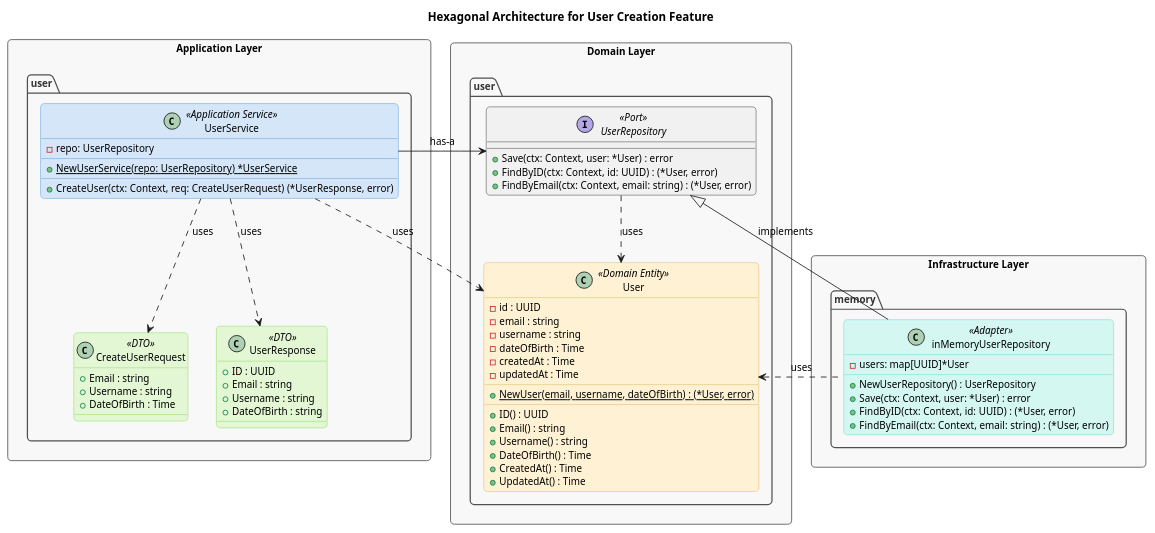
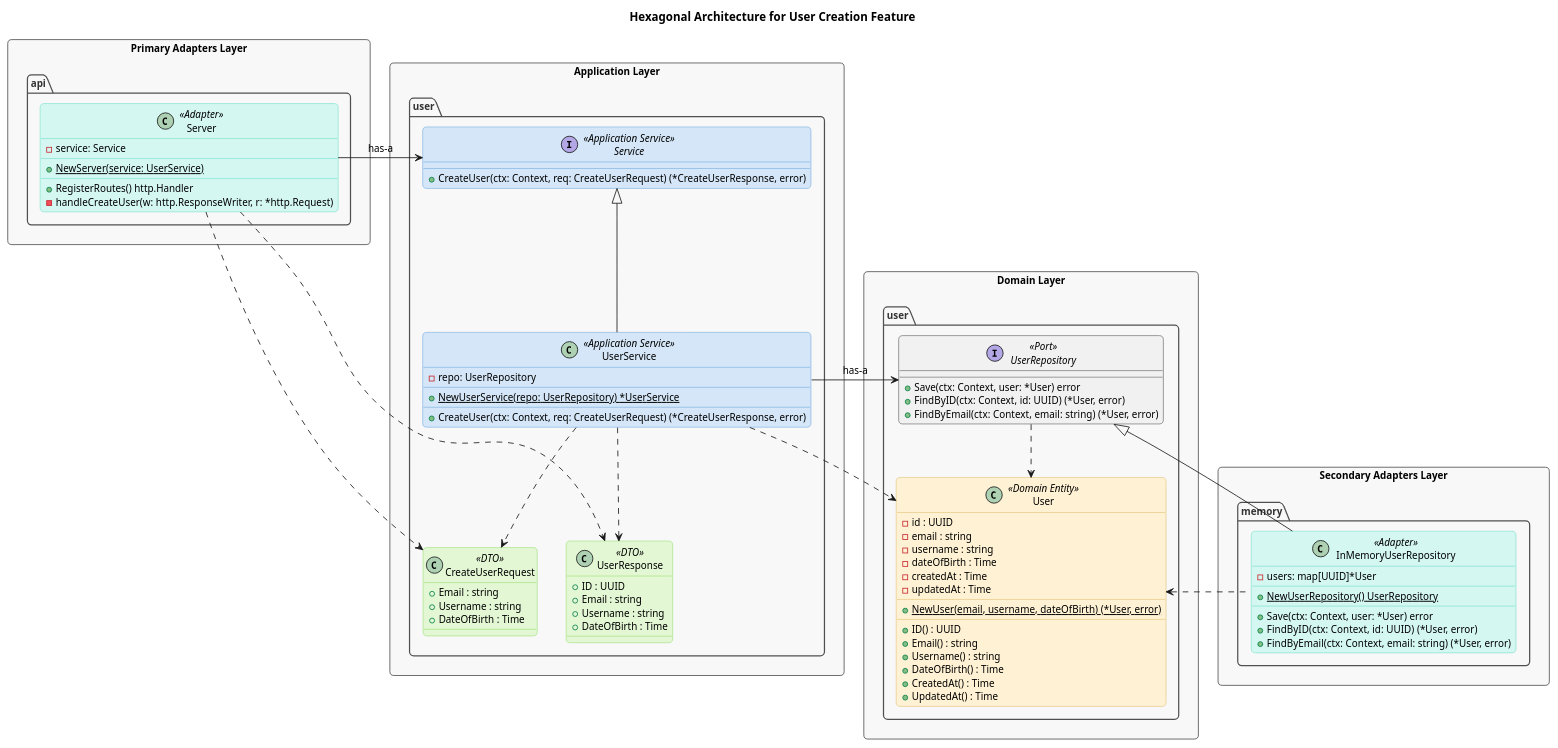
One commit to mgwinsor/weekbyweek changed the diagram in docs/diagrams/class-diagram.puml. Above: the diagram before and after it, drawn with PlantUML.

Commit message:
docs: update class digram

```diff
--- a/docs/diagrams/class-diagram.puml
+++ b/docs/diagrams/class-diagram.puml
@@ -1,129 +1,153 @@
 @startuml
 ' =====================================================================
 ' ==                       STYLING & THEME                           ==
 ' =====================================================================
 
 skinparam {
     shadowing false
     RoundCorner 10
     DefaultFontName "Segoe UI, Helvetica" ' A clean, standard font
     DefaultFontSize 12
 
     package {
         BorderColor #505050
         BackgroundColor #F8F8F8
         FontColor #333333
         stereotypeFontColor #333333
     }
 }
 
 skinparam class {
     BackgroundColor<<Domain Entity>> #FFF2D4
     BorderColor<<Domain Entity>> #D4A945
 
     BackgroundColor<<Application Service>> #D4E6F7
     BorderColor<<Application Service>> #458FD4
 
     BackgroundColor<<DTO>> #E3F7D4
     BorderColor<<DTO>> #77D445
 
     BackgroundColor<<Adapter>> #D4F7F2
     BorderColor<<Adapter>> #45D4B7
 }
 skinparam interface {
     BackgroundColor<<Port>> #F7E3D4
     BorderColor<<Port>> #D47745
 }
 
 
 ' =====================================================================
 ' ==              DIAGRAM DEFINITION & LAYOUT CONTROL                ==
 ' =====================================================================
 
 package "Domain Layer" as Domain <<Rectangle>> {
     package "user" {
         class User <<Domain Entity>> {
-        	- id : UUID
-        	- email : string
-        	- username : string
-        	- dateOfBirth : Time
-        	- createdAt : Time
-        	- updatedAt : Time
-        	__
-        	{static} + NewUser(email, username, dateOfBirth) : (*User, error)
-        	__
-        	+ ID() : UUID
-        	+ Email() : string
-        	+ Username() : string
-        	+ DateOfBirth() : Time
-        	+ CreatedAt() : Time
-        	+ UpdatedAt() : Time
+            - id : UUID
+            - email : string
+            - username : string
+            - dateOfBirth : Time
+            - createdAt : Time
+            - updatedAt : Time
+            __
+            {static} + NewUser(email, username, dateOfBirth) (*User, error)
+            __
+            + ID() : UUID
+            + Email() : string
+            + Username() : string
+            + DateOfBirth() : Time
+            + CreatedAt() : Time
+            + UpdatedAt() : Time
         }
 
         interface UserRepository <<Port>> {
-            + Save(ctx: Context, user: *User) : error
-            + FindByID(ctx: Context, id: UUID) : (*User, error)
-            + FindByEmail(ctx: Context, email: string) : (*User, error)
+            + Save(ctx: Context, user: *User) error
+            + FindByID(ctx: Context, id: UUID) (*User, error)
+            + FindByEmail(ctx: Context, email: string) (*User, error)
         }
-        
-        UserRepository ..> User : "uses"
+
+        UserRepository ..> User
     }
 }
 
 package "Application Layer" as App <<Rectangle>> {
     package "user" {
+        interface Service <<Application Service>> {
+            + CreateUser(ctx: Context, req: CreateUserRequest) (*CreateUserResponse, error)
+        }
+
         class UserService <<Application Service>> {
             - repo: UserRepository
             __
             {static} + NewUserService(repo: UserRepository) *UserService
             __
-            + CreateUser(ctx: Context, req: CreateUserRequest) (*UserResponse, error)
+            + CreateUser(ctx: Context, req: CreateUserRequest) (*CreateUserResponse, error)
         }
 
         class CreateUserRequest <<DTO>> {
             + Email : string
             + Username : string
             + DateOfBirth : Time
         }
 
         class UserResponse <<DTO>> {
             + ID : UUID
             + Email : string
             + Username : string
-            + DateOfBirth : string
+            + DateOfBirth : Time
         }
     }
 
-    UserService ..> CreateUserRequest : "uses"
-    UserService ..> UserResponse : "uses"
+    UserService -u-|> Service
+    UserService ..> CreateUserRequest
+    UserService ..> UserResponse
 }
 
-package "Infrastructure Layer" as Infra <<Rectangle>> {
+package "Primary Adapters Layer" as Primary <<Rectangle>> {
+    package "api" {
+        class Server<<Adapter>> {
+            - service: Service
+	    __
+            {static} + NewServer(service: UserService)
+	    __
+	    + RegisterRoutes() http.Handler
+            - handleCreateUser(w: http.ResponseWriter, r: *http.Request)
+        }
+    }
+}
+
+package "Secondary Adapters Layer" as Infra <<Rectangle>> {
     package "memory" {
-        class inMemoryUserRepository <<Adapter>> {
+        class InMemoryUserRepository <<Adapter>> {
             - users: map[UUID]*User
             __
-            + NewUserRepository() : UserRepository
-            + Save(ctx: Context, user: *User) : error
-            + FindByID(ctx: Context, id: UUID) : (*User, error)
-            + FindByEmail(ctx: Context, email: string) : (*User, error)
+            {static} + NewUserRepository() UserRepository
+            __
+            + Save(ctx: Context, user: *User) error
+            + FindByID(ctx: Context, id: UUID) (*User, error)
+            + FindByEmail(ctx: Context, email: string) (*User, error)
         }
     }
 }
 
 ' =====================================================================
 ' ==                   RELATIONSHIPS (with direction)                ==
 ' =====================================================================
 
 ' --- Application Layer Dependencies ---
 UserService -right-> UserRepository : "has-a"
-UserService .right.> User : "uses"
+UserService .right.> User
 
-' --- Infrastructure Layer Dependencies ---
-inMemoryUserRepository -left-|> UserRepository : "implements"
-inMemoryUserRepository .left.> User : "uses"
+' --- Primary Adapters Layer Dependencies ---
+Server -r-> Service : "has-a"
+Server .r.> CreateUserRequest
+Server .r.> UserResponse
+
+' --- Secondary Adapters Layer Dependencies ---
+InMemoryUserRepository -left-|> UserRepository
+InMemoryUserRepository .left.> User
 
 ' --- Add a title to provide overall context ---
 title Hexagonal Architecture for User Creation Feature
 
 @enduml
```
